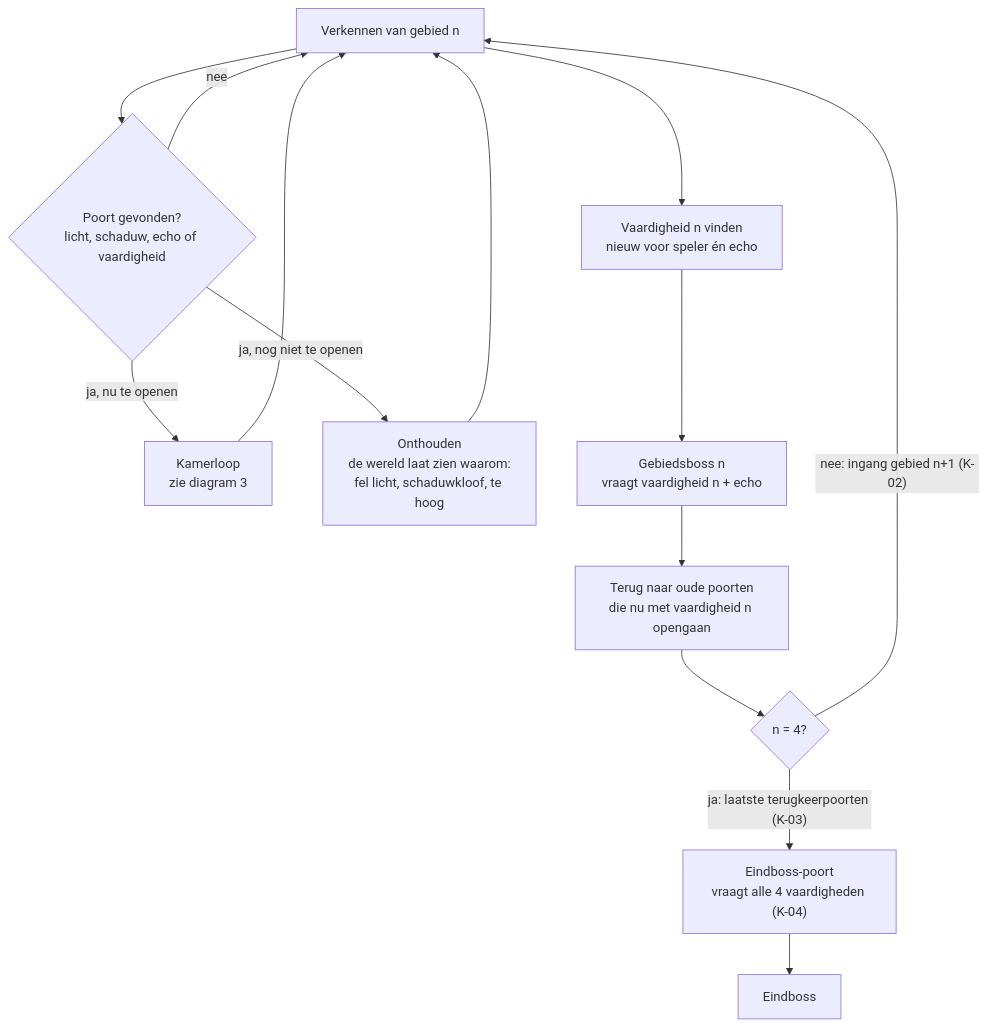
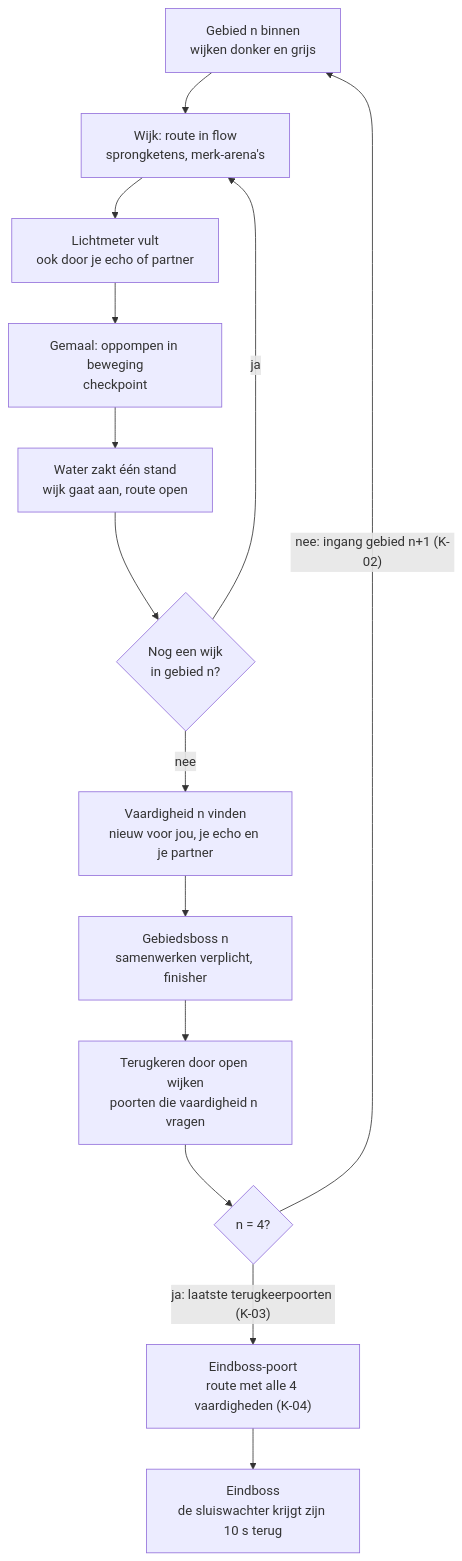
The first of 3 diagrams in docs/design/kernloop.md (cesarvangerwen-glitch/echoborn), drawn with Mermaid before and after one commit. The commit also changed other lines of this file and 1 other file, not shown here.

First line of the commit message:
[Lead Game Designer] GDD v1 deel 1: vaardigheden, L-regels, lichtmeter/gemaal/waterstand, kernloop v0.4 (#81) (#108)

````diff
--- a/docs/design/kernloop.md
+++ b/docs/design/kernloop.md
@@ -26,16 +29,16 @@
 ```mermaid
 flowchart TD
-    A[Verkennen van gebied n] --> B{Poort gevonden?<br/>licht, schaduw, echo of vaardigheid}
-    B -- nee --> A
-    B -- ja, nu te openen --> C[Kamerloop<br/>zie diagram 3]
-    B -- ja, nog niet te openen --> D[Onthouden<br/>de wereld laat zien waarom:<br/>fel licht, schaduwkloof, te hoog]
-    C --> A
-    D --> A
-    A --> E[Vaardigheid n vinden<br/>nieuw voor speler én echo]
-    E --> F[Gebiedsboss n<br/>vraagt vaardigheid n + echo]
-    F --> G[Terug naar oude poorten<br/>die nu met vaardigheid n opengaan]
-    G --> H{n = 4?}
-    H -- "nee: ingang gebied n+1 (K-02)" --> A
-    H -- "ja: laatste terugkeerpoorten (K-03)" --> J["Eindboss-poort<br/>vraagt alle 4 vaardigheden (K-04)"]
-    J --> I[Eindboss]
+    A[Gebied n binnen<br/>wijken donker en grijs] --> B[Wijk: route in flow<br/>sprongketens, merk-arena's]
+    B --> C[Lichtmeter vult<br/>ook door je echo of partner]
+    C --> D[Gemaal: oppompen in beweging<br/>checkpoint]
+    D --> E[Water zakt één stand<br/>wijk gaat aan, route open]
+    E --> F{Nog een wijk<br/>in gebied n?}
+    F -- ja --> B
+    F -- nee --> G[Vaardigheid n vinden<br/>nieuw voor jou, je echo en je partner]
+    G --> H[Gebiedsboss n<br/>samenwerken verplicht, finisher]
+    H --> I[Terugkeren door open wijken<br/>poorten die vaardigheid n vragen]
+    I --> J{n = 4?}
+    J -- "nee: ingang gebied n+1 (K-02)" --> A
+    J -- "ja: laatste terugkeerpoorten (K-03)" --> K["Eindboss-poort<br/>route met alle 4 vaardigheden (K-04)"]
+    K --> L[Eindboss<br/>de sluiswachter krijgt zijn 10 s terug]
 ```
````
